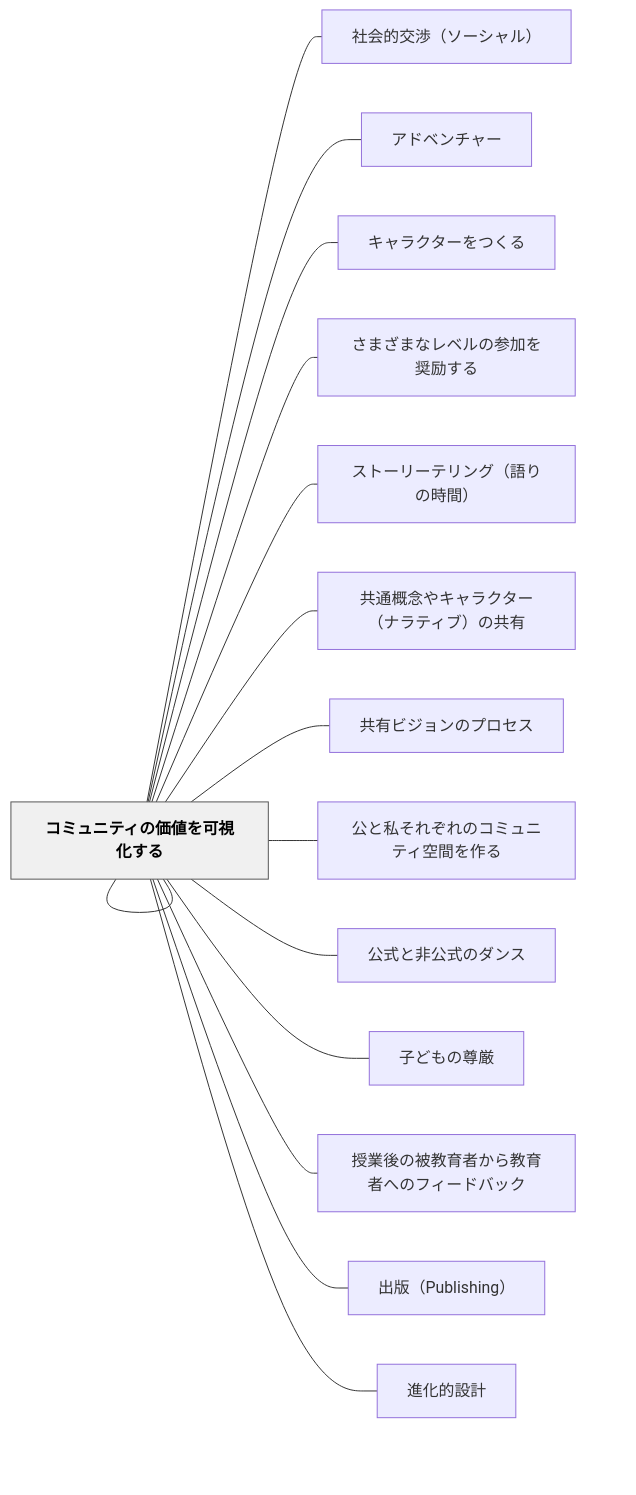
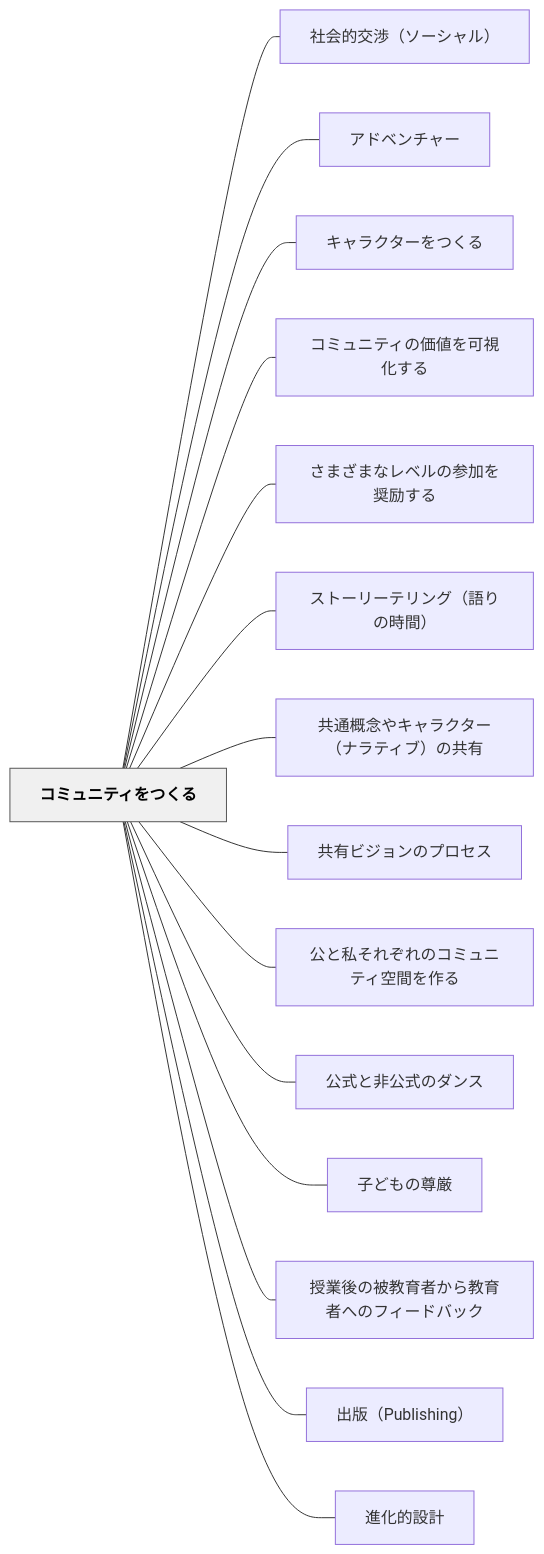
One commit to unknownthings-ed-patterns/unknownthings-ed-patterns changed the diagram in content/パタン/コミュニティをつくる.md. Above: the diagram before and after it, drawn with Mermaid. The commit also changed 527 other files, not shown here.

````diff
--- a/content/パタン/コミュニティをつくる.md
+++ b/content/パタン/コミュニティをつくる.md
@@ -141,36 +141,36 @@
 ```mermaid
 flowchart LR
-    ne382b3e3839f["コミュニティをつくる"]
-    ne7a4bee4bc9a["社会的交渉（ソーシャル）"]
-    ne382a2e38389["アドベンチャー"]
-    ne382ade383a3["キャラクターをつくる"]
-    ne382b3e3839f["コミュニティの価値を可視化する"]
-    ne38195e381be["さまざまなレベルの参加を奨励する"]
-    ne382b9e38388["ストーリーテリング（語りの時間）"]
-    ne585b1e9809a["共通概念やキャラクター（ナラティブ）の共有"]
-    ne585b1e69c89["共有ビジョンのプロセス"]
-    ne585ace381a8["公と私それぞれのコミュニティ空間を作る"]
-    ne585ace5bc8f["公式と非公式のダンス"]
-    ne5ad90e381a9["子どもの尊厳"]
-    ne68e88e6a5ad["授業後の被教育者から教育者へのフィードバック"]
-    ne587bae78988["出版（Publishing）"]
-    ne980b2e58c96["進化的設計"]
+    ne382b3e3839fe383a5e3838be38386e382a3e38292e381a4e3818fe3828b["コミュニティをつくる"]
+    ne7a4bee4bc9ae79a84e4baa4e6b889efbc88e382bde383bce382b7e383a3e383abefbc89["社会的交渉（ソーシャル）"]
+    ne382a2e38389e38399e383b3e38381e383a3e383bc["アドベンチャー"]
+    ne382ade383a3e383a9e382afe382bfe383bce38292e381a4e3818fe3828b["キャラクターをつくる"]
+    ne382b3e3839fe383a5e3838be38386e382a3e381aee4bea1e580a4e38292e58fafe8a696e58c96e38199e3828b["コミュニティの価値を可視化する"]
+    ne38195e381bee38196e381bee381aae383ace38399e383abe381aee58f82e58aa0e38292e5a5a8e58ab1e38199e3828b["さまざまなレベルの参加を奨励する"]
+    ne382b9e38388e383bce383aae383bce38386e383aae383b3e382b0efbc88e8aa9ee3828ae381aee69982e99693efbc89["ストーリーテリング（語りの時間）"]
+    ne585b1e9809ae6a682e5bfb5e38284e382ade383a3e383a9e382afe382bfe383bcefbc88e3838ae383a9e38386e382a3e38396efbc89e381aee585b1e69c89["共通概念やキャラクター（ナラティブ）の共有"]
+    ne585b1e69c89e38393e382b8e383a7e383b3e381aee38397e383ade382bbe382b9["共有ビジョンのプロセス"]
+    ne585ace381a8e7a781e3819de3828ce3819ee3828ce381aee382b3e3839fe383a5e3838be38386e382a3e7a9bae99693e38292e4bd9ce3828b["公と私それぞれのコミュニティ空間を作る"]
+    ne585ace5bc8fe381a8e99d9ee585ace5bc8fe381aee38380e383b3e382b9["公式と非公式のダンス"]
+    ne5ad90e381a9e38282e381aee5b08ae58eb3["子どもの尊厳"]
+    ne68e88e6a5ade5be8ce381aee8a2abe69599e882b2e88085e3818be38289e69599e882b2e88085e381b8e381aee38395e382a3e383bce38389e38390e38383e382af["授業後の被教育者から教育者へのフィードバック"]
+    ne587bae78988efbc885075626c697368696e67efbc89["出版（Publishing）"]
+    ne980b2e58c96e79a84e8a8ade8a888["進化的設計"]
 
-    ne382b3e3839f --- ne7a4bee4bc9a
-    ne382b3e3839f --- ne382a2e38389
-    ne382b3e3839f --- ne382ade383a3
-    ne382b3e3839f --- ne382b3e3839f
-    ne382b3e3839f --- ne38195e381be
-    ne382b3e3839f --- ne382b9e38388
-    ne382b3e3839f --- ne585b1e9809a
-    ne382b3e3839f --- ne585b1e69c89
-    ne382b3e3839f --- ne585ace381a8
-    ne382b3e3839f --- ne585ace5bc8f
-    ne382b3e3839f --- ne5ad90e381a9
-    ne382b3e3839f --- ne68e88e6a5ad
-    ne382b3e3839f --- ne587bae78988
-    ne382b3e3839f --- ne980b2e58c96
+    ne382b3e3839fe383a5e3838be38386e382a3e38292e381a4e3818fe3828b --- ne7a4bee4bc9ae79a84e4baa4e6b889efbc88e382bde383bce382b7e383a3e383abefbc89
+    ne382b3e3839fe383a5e3838be38386e382a3e38292e381a4e3818fe3828b --- ne382a2e38389e38399e383b3e38381e383a3e383bc
+    ne382b3e3839fe383a5e3838be38386e382a3e38292e381a4e3818fe3828b --- ne382ade383a3e383a9e382afe382bfe383bce38292e381a4e3818fe3828b
+    ne382b3e3839fe383a5e3838be38386e382a3e38292e381a4e3818fe3828b --- ne382b3e3839fe383a5e3838be38386e382a3e381aee4bea1e580a4e38292e58fafe8a696e58c96e38199e3828b
+    ne382b3e3839fe383a5e3838be38386e382a3e38292e381a4e3818fe3828b --- ne38195e381bee38196e381bee381aae383ace38399e383abe381aee58f82e58aa0e38292e5a5a8e58ab1e38199e3828b
+    ne382b3e3839fe383a5e3838be38386e382a3e38292e381a4e3818fe3828b --- ne382b9e38388e383bce383aae383bce38386e383aae383b3e382b0efbc88e8aa9ee3828ae381aee69982e99693efbc89
+    ne382b3e3839fe383a5e3838be38386e382a3e38292e381a4e3818fe3828b --- ne585b1e9809ae6a682e5bfb5e38284e382ade383a3e383a9e382afe382bfe383bcefbc88e3838ae383a9e38386e382a3e38396efbc89e381aee585b1e69c89
+    ne382b3e3839fe383a5e3838be38386e382a3e38292e381a4e3818fe3828b --- ne585b1e69c89e38393e382b8e383a7e383b3e381aee38397e383ade382bbe382b9
+    ne382b3e3839fe383a5e3838be38386e382a3e38292e381a4e3818fe3828b --- ne585ace381a8e7a781e3819de3828ce3819ee3828ce381aee382b3e3839fe383a5e3838be38386e382a3e7a9bae99693e38292e4bd9ce3828b
+    ne382b3e3839fe383a5e3838be38386e382a3e38292e381a4e3818fe3828b --- ne585ace5bc8fe381a8e99d9ee585ace5bc8fe381aee38380e383b3e382b9
+    ne382b3e3839fe383a5e3838be38386e382a3e38292e381a4e3818fe3828b --- ne5ad90e381a9e38282e381aee5b08ae58eb3
+    ne382b3e3839fe383a5e3838be38386e382a3e38292e381a4e3818fe3828b --- ne68e88e6a5ade5be8ce381aee8a2abe69599e882b2e88085e3818be38289e69599e882b2e88085e381b8e381aee38395e382a3e383bce38389e38390e38383e382af
+    ne382b3e3839fe383a5e3838be38386e382a3e38292e381a4e3818fe3828b --- ne587bae78988efbc885075626c697368696e67efbc89
+    ne382b3e3839fe383a5e3838be38386e382a3e38292e381a4e3818fe3828b --- ne980b2e58c96e79a84e8a8ade8a888
 
     classDef hub fill:#f0f0f0,stroke:#555,color:#000,font-weight:bold
-    class ne382b3e3839f hub
+    class ne382b3e3839fe383a5e3838be38386e382a3e38292e381a4e3818fe3828b hub
 ```
````
